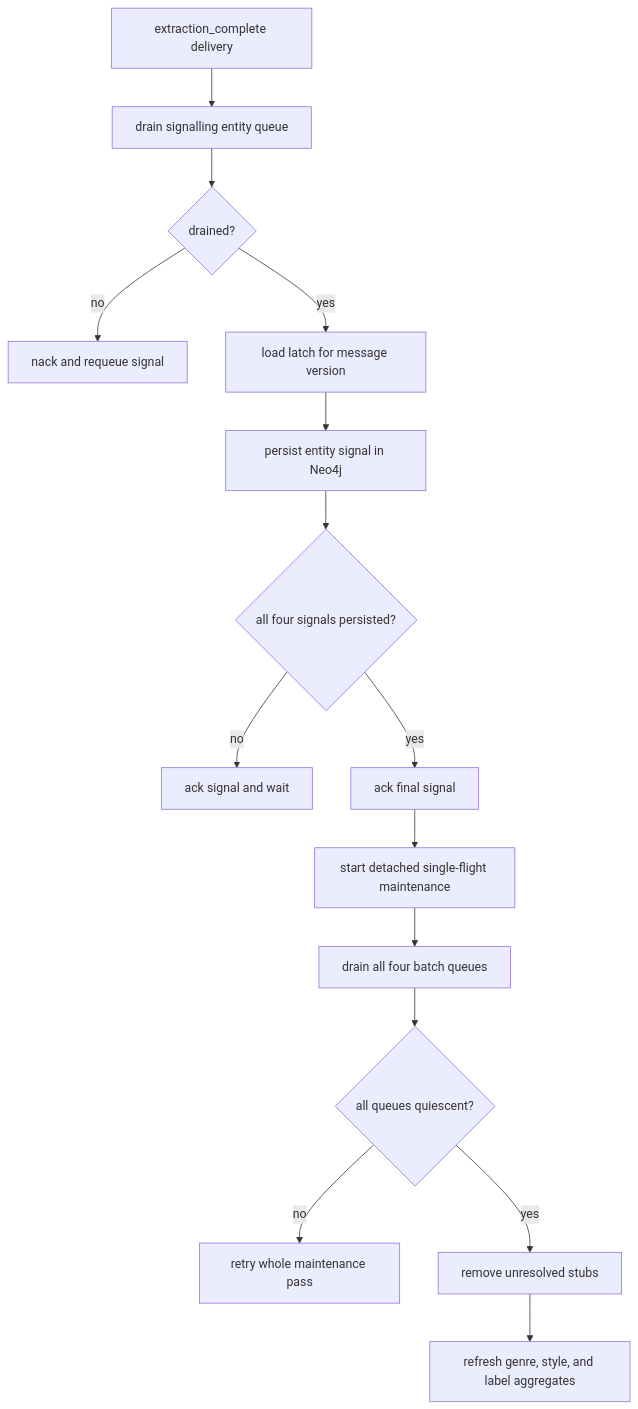
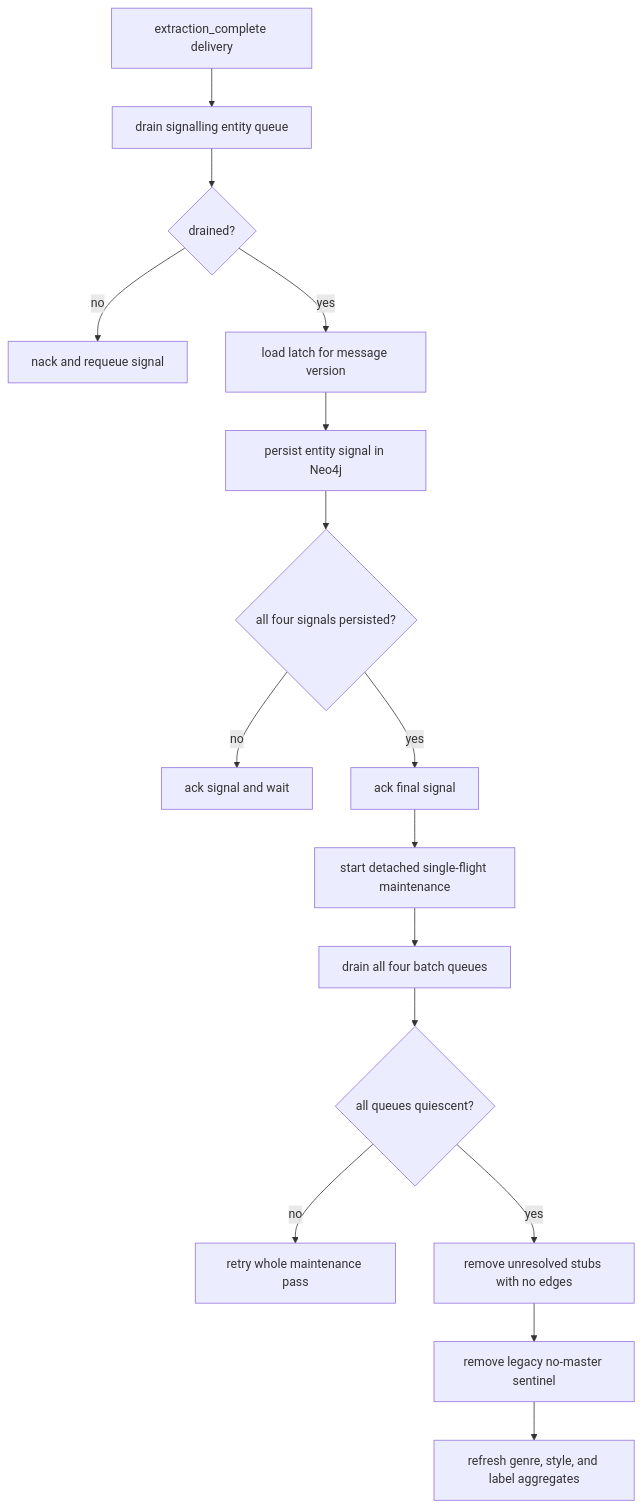
Before and after one commit to groovemap-music/discogs-graph-enricher: the diagram in docs/file-completion-tracking.md, drawn with Mermaid. The commit also changed other lines of this file and 15 other files, not shown here.

````diff
--- a/docs/file-completion-tracking.md
+++ b/docs/file-completion-tracking.md
@@ -24,17 +24,18 @@
 ```mermaid
 flowchart TD
     A[extraction_complete delivery] --> B[drain signalling entity queue]
     B --> C{drained?}
     C -->|no| D[nack and requeue signal]
     C -->|yes| E[load latch for message version]
     E --> F[persist entity signal in Neo4j]
     F --> G{all four signals persisted?}
     G -->|no| H[ack signal and wait]
     G -->|yes| I[ack final signal]
     I --> J[start detached single-flight maintenance]
     J --> K[drain all four batch queues]
     K --> L{all queues quiescent?}
     L -->|no| M[retry whole maintenance pass]
-    L -->|yes| N[remove unresolved stubs]
-    N --> O[refresh genre, style, and label aggregates]
+    L -->|yes| N[remove unresolved stubs with no edges]
+    N --> S[remove legacy no-master sentinel]
+    S --> O[refresh genre, style, and label aggregates]
 ```
````
